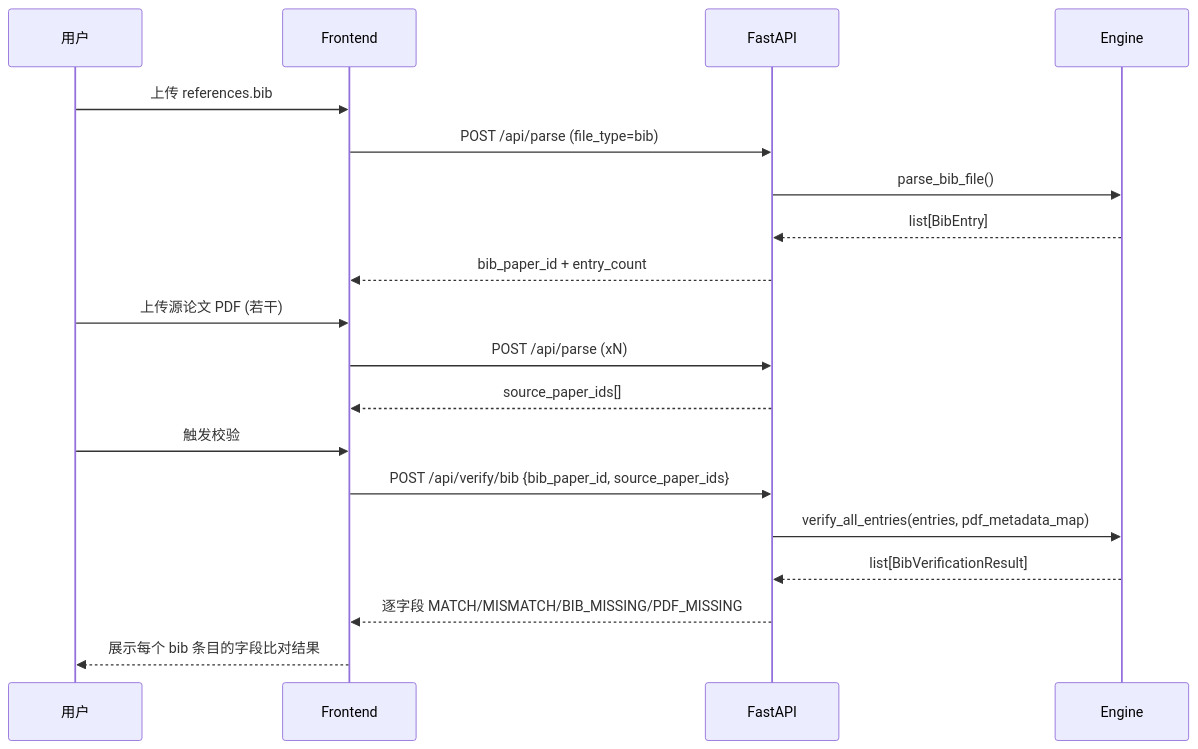
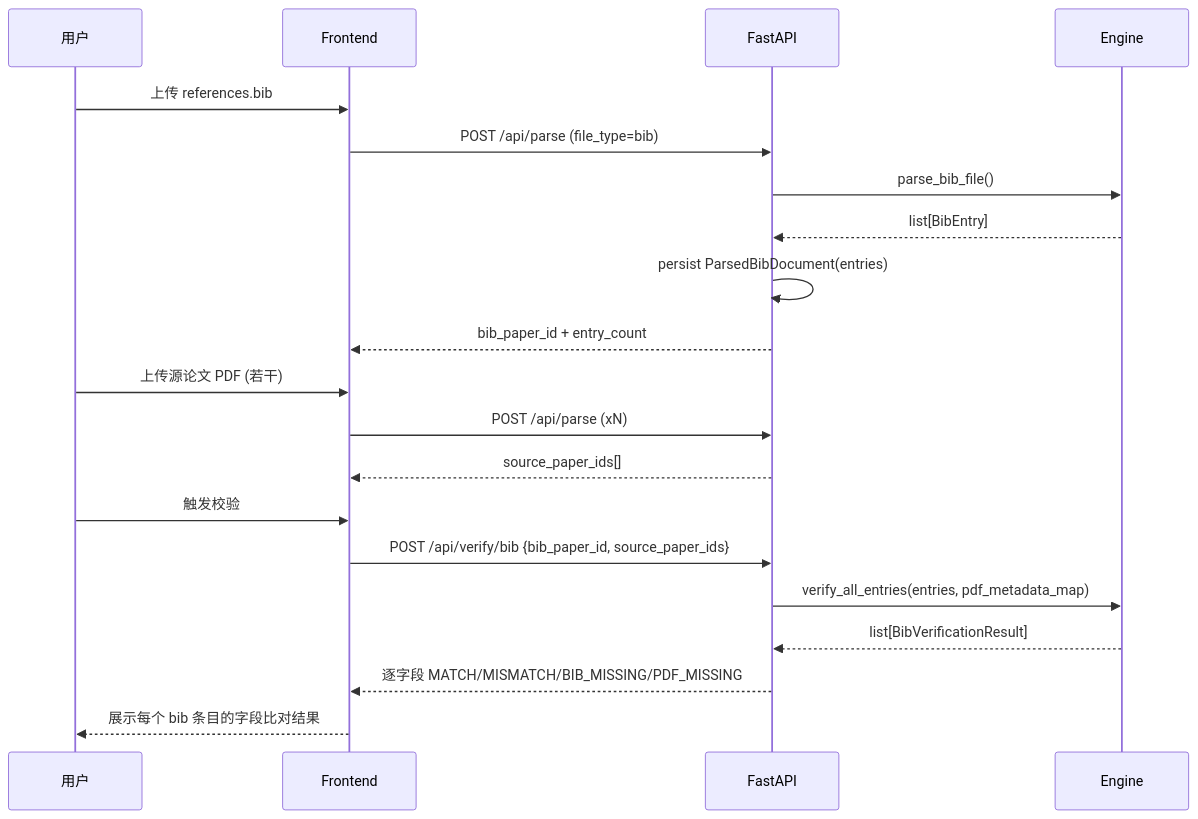
Before and after one commit to owen-49/2026SIS_Group18: the third of 3 diagrams in claimtrace/docs/architecture.md, drawn with Mermaid. The commit also changed other lines of this file and 3 other files, not shown here.

Commit message:
feat: return persisted BibTeX entries

````diff
--- a/claimtrace/docs/architecture.md
+++ b/claimtrace/docs/architecture.md
@@ -98,24 +98,25 @@
 ```mermaid
 sequenceDiagram
     participant U as 用户
     participant FE as Frontend
     participant API as FastAPI
     participant E as Engine
 
     U->>FE: 上传 references.bib
     FE->>API: POST /api/parse (file_type=bib)
     API->>E: parse_bib_file()
     E-->>API: list[BibEntry]
+    API->>API: persist ParsedBibDocument(entries)
     API-->>FE: bib_paper_id + entry_count
 
     U->>FE: 上传源论文 PDF (若干)
     FE->>API: POST /api/parse (xN)
     API-->>FE: source_paper_ids[]
 
     U->>FE: 触发校验
     FE->>API: POST /api/verify/bib {bib_paper_id, source_paper_ids}
     API->>E: verify_all_entries(entries, pdf_metadata_map)
     E-->>API: list[BibVerificationResult]
     API-->>FE: 逐字段 MATCH/MISMATCH/BIB_MISSING/PDF_MISSING
     FE-->>U: 展示每个 bib 条目的字段比对结果
 ```
````
